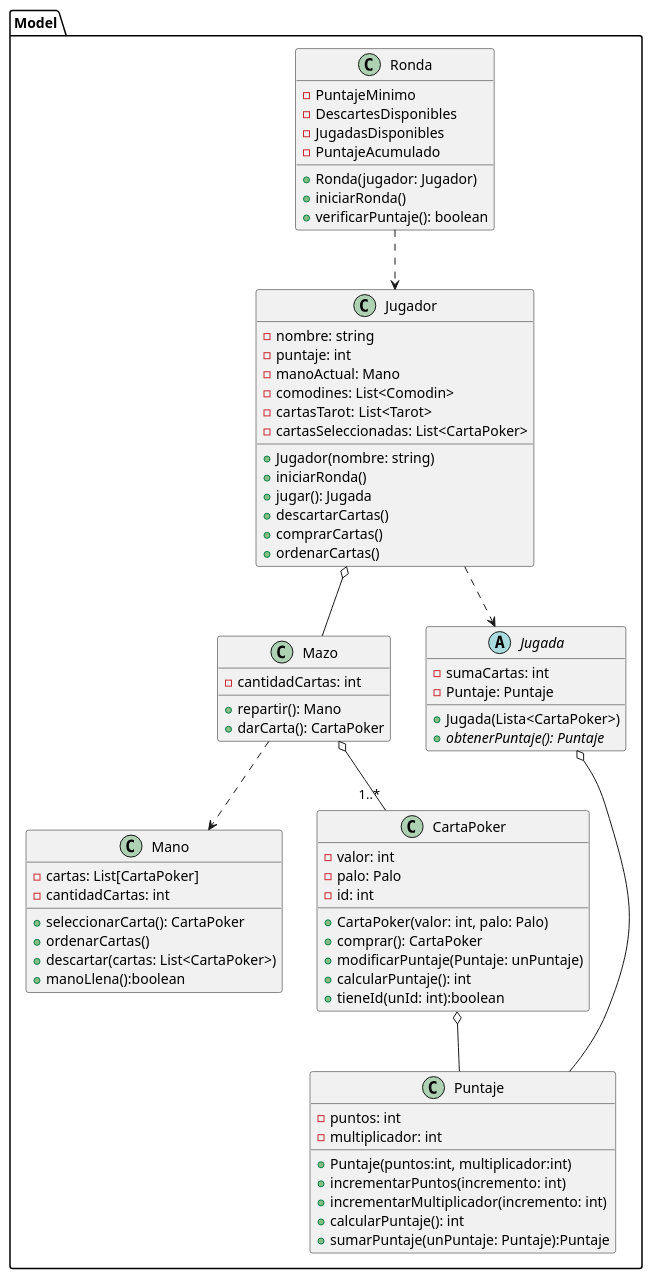
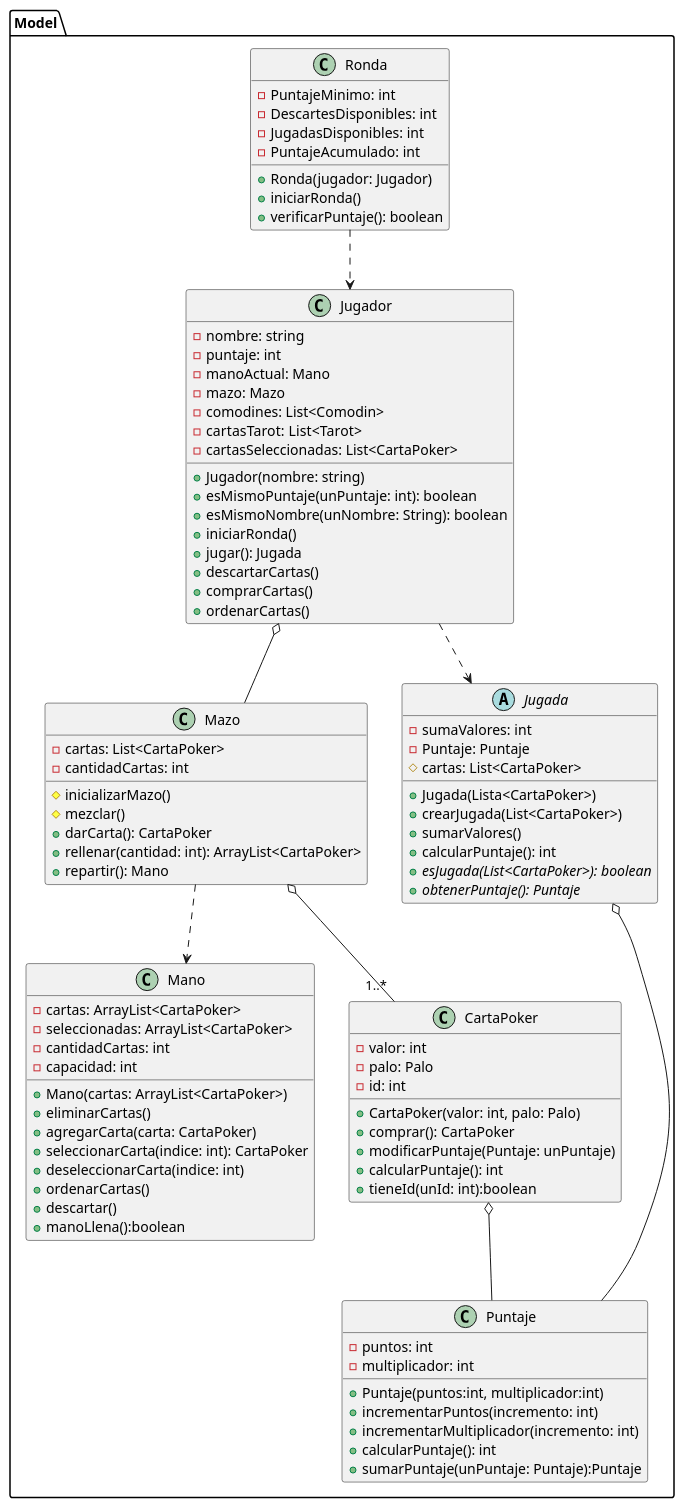
The diagram in diagrams/classes/clasesBalatro2.puml (carruizdiaz1109/UBAlatro), drawn with PlantUML before and after one commit. The commit also changed 3 other files, not shown here.

Commit message:
actualizacion diagrama de clases

```diff
--- a/diagrams/classes/clasesBalatro2.puml
+++ b/diagrams/classes/clasesBalatro2.puml
@@ -1,82 +1,100 @@
 @startuml
 
 package Model {
 
 class Jugador {
     - nombre: string
     - puntaje: int
     - manoActual: Mano
+    - mazo: Mazo
     - comodines: List<Comodin>
     - cartasTarot: List<Tarot>
     - cartasSeleccionadas: List<CartaPoker>
     + Jugador(nombre: string)
+    + esMismoPuntaje(unPuntaje: int): boolean
+    + esMismoNombre(unNombre: String): boolean
     + iniciarRonda()
     + jugar(): Jugada
     + descartarCartas()
     + comprarCartas()
     + ordenarCartas()
 }
 
 
 class Mazo {
+    -cartas: List<CartaPoker>
     - cantidadCartas: int
+    # inicializarMazo()
+    # mezclar()
+    + darCarta(): CartaPoker
+    + rellenar(cantidad: int): ArrayList<CartaPoker>
     + repartir(): Mano
-    + darCarta(): CartaPoker
 }
 
 class Mano {
-    - cartas: List[CartaPoker]
+    - cartas: ArrayList<CartaPoker>
+    - seleccionadas: ArrayList<CartaPoker>
     - cantidadCartas: int
-    + seleccionarCarta(): CartaPoker
+    - capacidad: int
+    + Mano(cartas: ArrayList<CartaPoker>)
+    + eliminarCartas()
+    + agregarCarta(carta: CartaPoker)
+    + seleccionarCarta(indice: int): CartaPoker
+    + deseleccionarCarta(indice: int)
     + ordenarCartas()
-    + descartar(cartas: List<CartaPoker>)
+    + descartar()
     + manoLlena():boolean
 }
 
 class Puntaje {
     - puntos: int
     - multiplicador: int
     + Puntaje(puntos:int, multiplicador:int)
     + incrementarPuntos(incremento: int)
     + incrementarMultiplicador(incremento: int)
     + calcularPuntaje(): int
     + sumarPuntaje(unPuntaje: Puntaje):Puntaje
 }
 
 class CartaPoker {
     - valor: int
     - palo: Palo
     - id: int
     + CartaPoker(valor: int, palo: Palo)
     + comprar(): CartaPoker
     + modificarPuntaje(Puntaje: unPuntaje)
     + calcularPuntaje(): int
     + tieneId(unId: int):boolean
 }
 
 class Ronda {
-    - PuntajeMinimo
-    - DescartesDisponibles
-    - JugadasDisponibles
-    - PuntajeAcumulado
+    - PuntajeMinimo: int
+    - DescartesDisponibles: int
+    - JugadasDisponibles: int
+    - PuntajeAcumulado: int
     + Ronda(jugador: Jugador)
     + iniciarRonda()
     + verificarPuntaje(): boolean
 }
 
 abstract class Jugada {
-    - sumaCartas: int
+    - sumaValores: int
     - Puntaje: Puntaje
+    # cartas: List<CartaPoker>
     + Jugada(Lista<CartaPoker>)
+    + crearJugada(List<CartaPoker>)
+    + sumarValores()
+    + calcularPuntaje(): int
+    + {abstract}esJugada(List<CartaPoker>): boolean
     + {abstract}obtenerPuntaje(): Puntaje
 }
 
 CartaPoker o-- Puntaje
 Jugador o-- Mazo
 Mazo ..> Mano
 Mazo o-- "1..*" CartaPoker
 Jugador ..> Jugada
 Jugada o-- Puntaje
 Ronda ..> Jugador
 }
 @enduml
```
